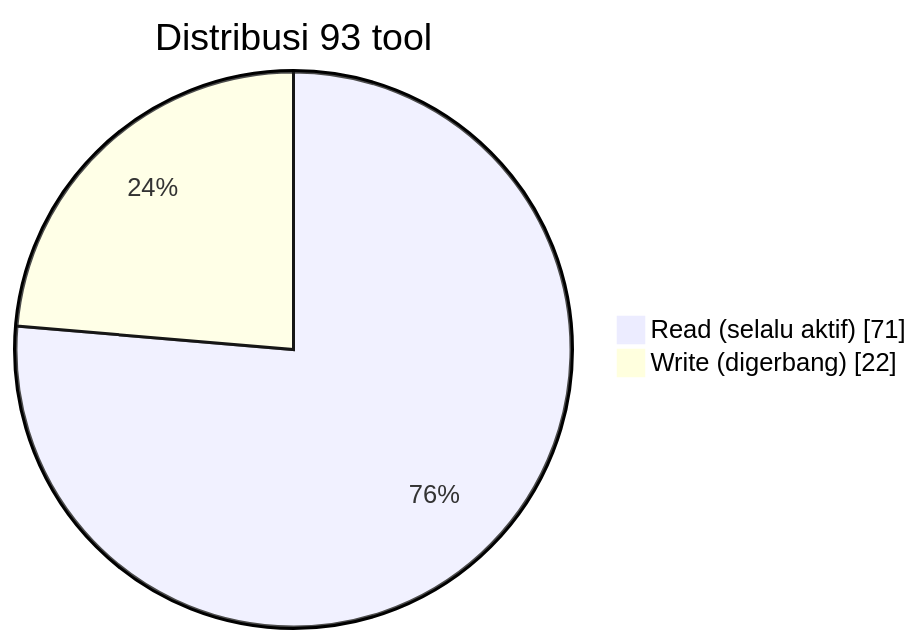
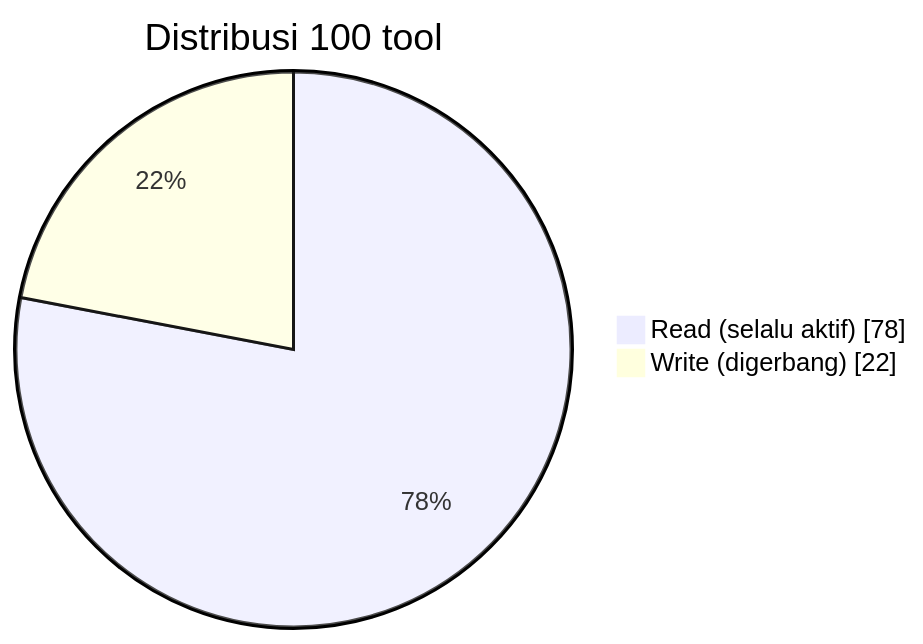
One commit to Syamsuddin/MikroCLAW changed the second of 3 diagrams in docs/FITUR.md. Above: the diagram before and after it, drawn with Mermaid. The commit also changed other lines of this file and 24 other files, not shown here.

````diff
--- a/docs/FITUR.md
+++ b/docs/FITUR.md
@@ -38,6 +38,6 @@
 ```mermaid
 pie showData
-    title Distribusi 93 tool
-    "Read (selalu aktif)" : 71
+    title Distribusi 100 tool
+    "Read (selalu aktif)" : 78
     "Write (digerbang)" : 22
 ```
````
